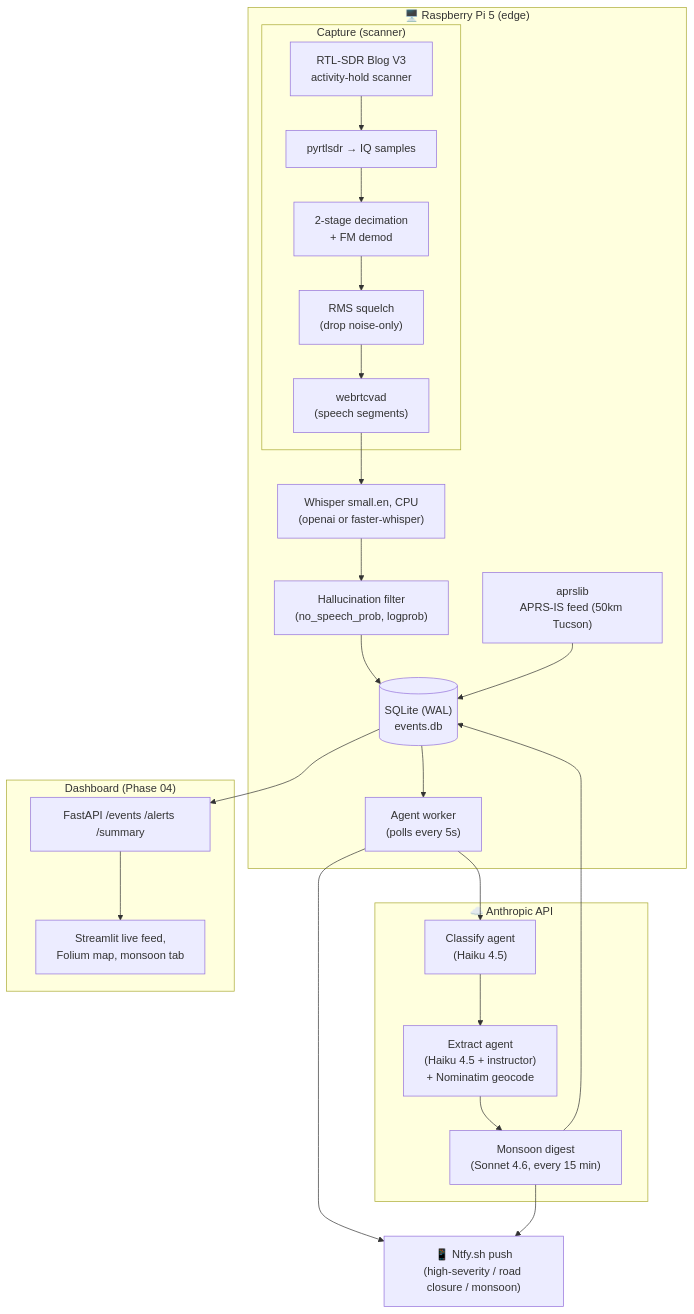
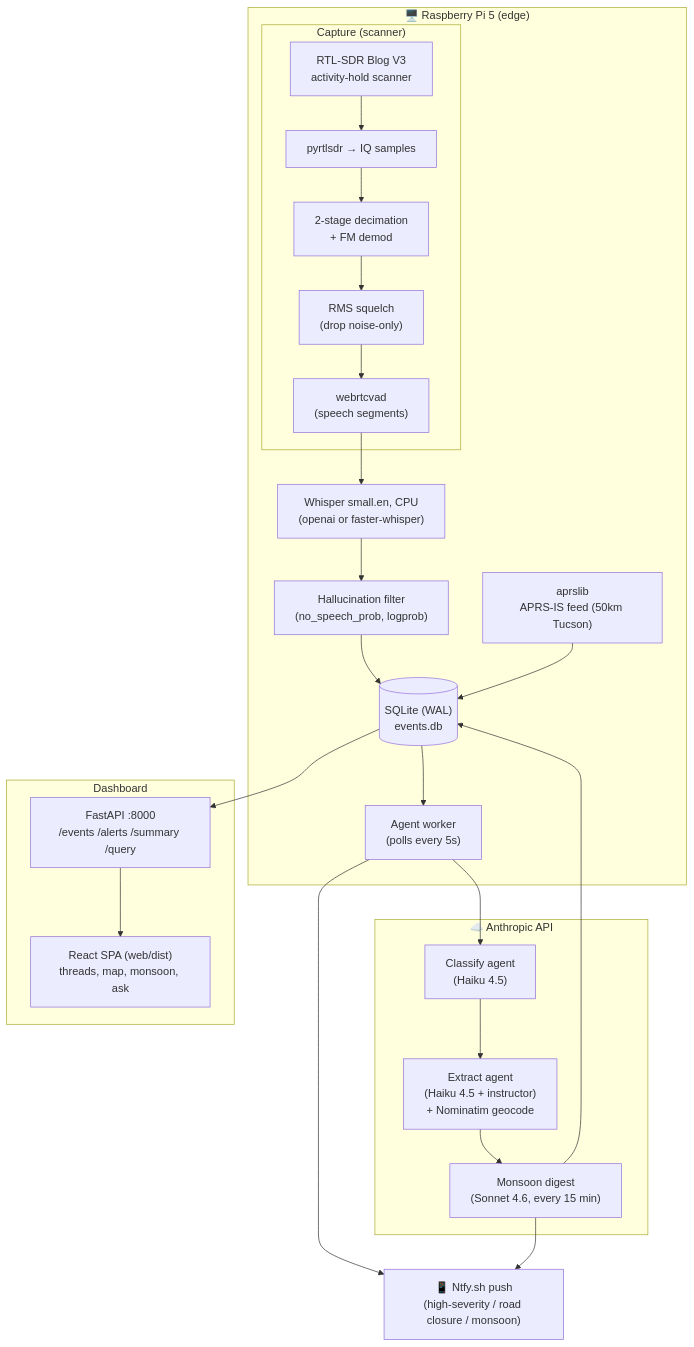
The diagram in README.md (keatonwilson/monsoon_ears), drawn with Mermaid before and after one commit. The commit also changed other lines of this file and 1 other file, not shown here.

First line of the commit message:
Add docs/README.md index; retire stale roadmap and Streamlit references

````diff
--- a/README.md
+++ b/README.md
@@ -37,38 +37,38 @@
 ```mermaid
 flowchart TB
     subgraph PI["🖥️  Raspberry Pi 5 (edge)"]
         subgraph CAP["Capture (scanner)"]
             SDR["RTL-SDR Blog V3<br/>activity-hold scanner"]
             IQ["pyrtlsdr → IQ samples"]
             DEMOD["2-stage decimation<br/>+ FM demod"]
             SQU["RMS squelch<br/>(drop noise-only)"]
             VAD["webrtcvad<br/>(speech segments)"]
         end
         WHIS["Whisper small.en, CPU<br/>(openai or faster-whisper)"]
         FILT["Hallucination filter<br/>(no_speech_prob, logprob)"]
         DB[("SQLite (WAL)<br/>events.db")]
         WORKER["Agent worker<br/>(polls every 5s)"]
         APRS_IS["aprslib<br/>APRS-IS feed (50km Tucson)"]
     end
 
     subgraph CLOUD["☁️  Anthropic API"]
         CLASSIFY["Classify agent<br/>(Haiku 4.5)"]
         EXTRACT["Extract agent<br/>(Haiku 4.5 + instructor)<br/>+ Nominatim geocode"]
         ALERT["Monsoon digest<br/>(Sonnet 4.6, every 15 min)"]
     end
 
     NTFY["📱 Ntfy.sh push<br/>(high-severity / road closure / monsoon)"]
 
     SDR --> IQ --> DEMOD --> SQU --> VAD --> WHIS --> FILT --> DB
     APRS_IS --> DB
     DB --> WORKER --> CLASSIFY --> EXTRACT --> ALERT
     WORKER --> NTFY
     ALERT --> NTFY
     ALERT --> DB
 
-    subgraph UI["Dashboard (Phase 04)"]
-        FASTAPI["FastAPI /events /alerts /summary"]
-        STREAMLIT["Streamlit live feed,<br/>Folium map, monsoon tab"]
+    subgraph UI["Dashboard"]
+        FASTAPI["FastAPI :8000<br/>/events /alerts /summary /query"]
+        SPA["React SPA (web/dist)<br/>threads, map, monsoon, ask"]
     end
-    DB --> FASTAPI --> STREAMLIT
+    DB --> FASTAPI --> SPA
 ```
````
